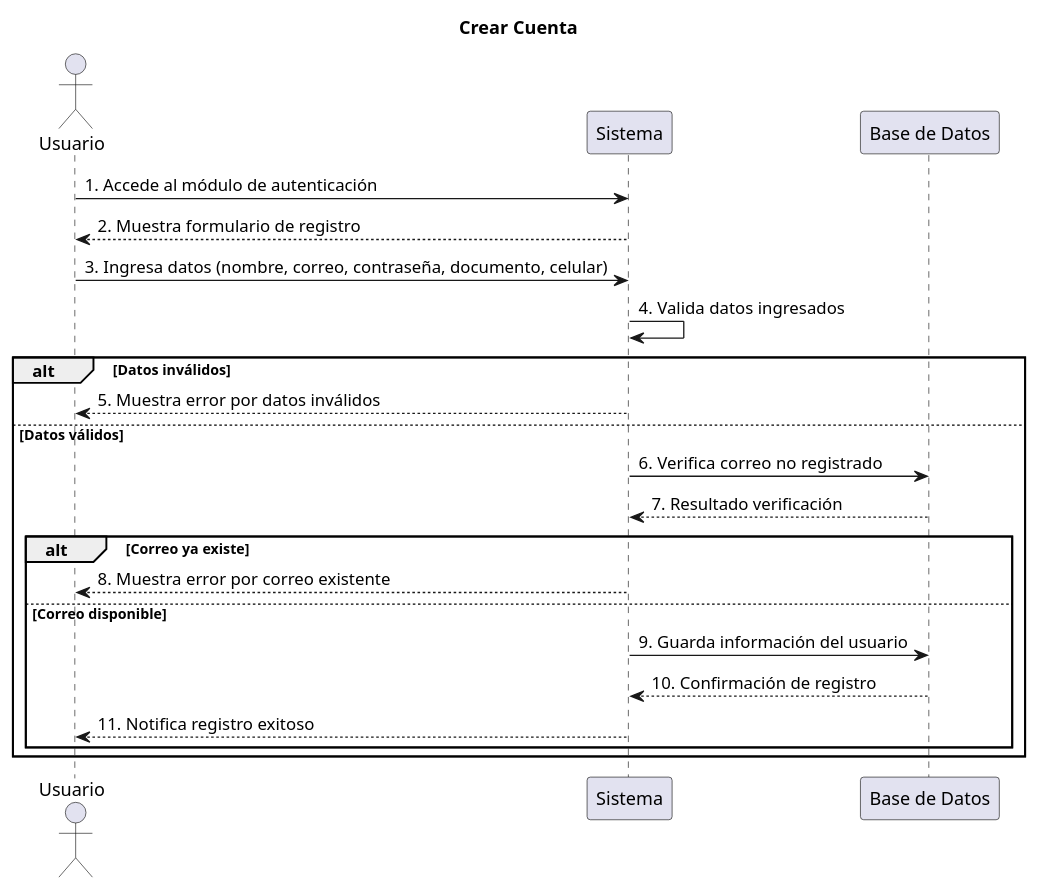
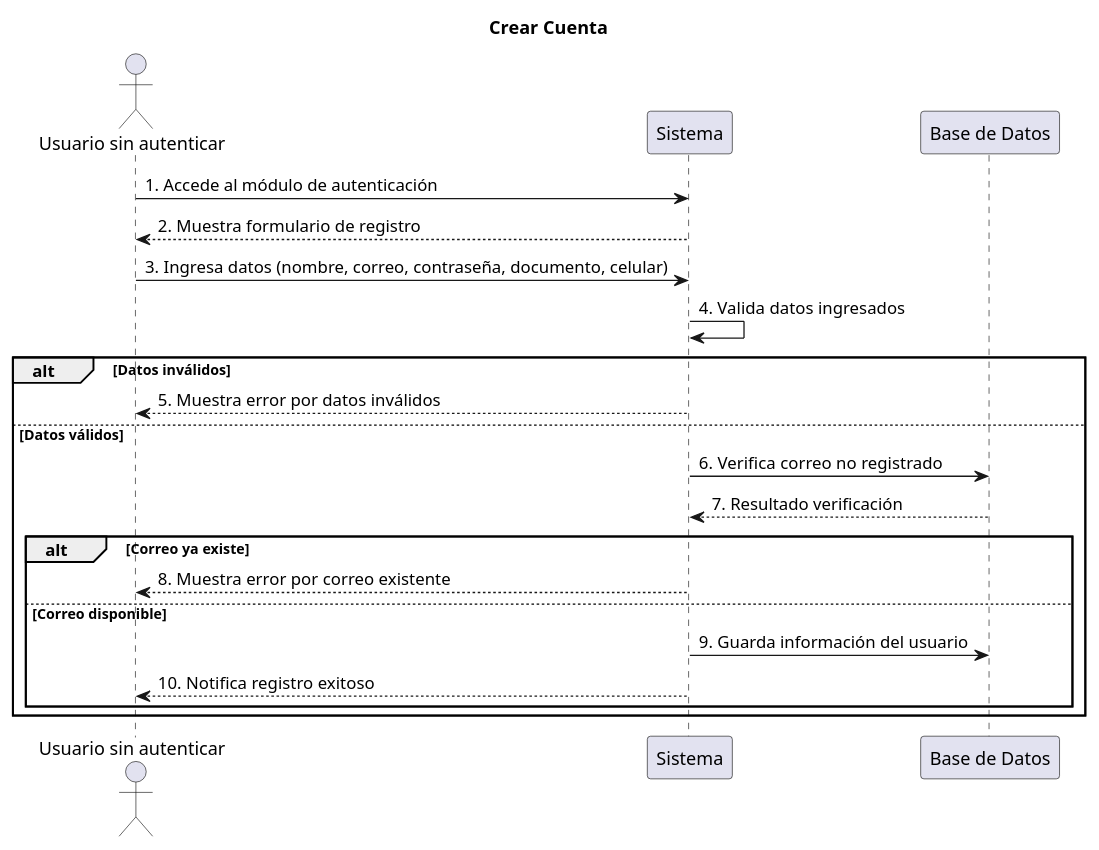
One commit to LauKnitIn/SISTEMA-GESTOR-DE-RECORRIDOS changed the diagram in diagramas_modulo_autenticacion/secuencia-modulo-autenticacion/Secuencia_Crear_cuenta.puml. Above: the diagram before and after it, drawn with PlantUML. The commit also changed 2 other files, not shown here.

Commit message:
Se actualizaron los diagramas de Crear cuenta

```diff
--- a/diagramas_modulo_autenticacion/secuencia-modulo-autenticacion/Secuencia_Crear_cuenta.puml
+++ b/diagramas_modulo_autenticacion/secuencia-modulo-autenticacion/Secuencia_Crear_cuenta.puml
@@ -1,26 +1,25 @@
 @startuml
 title Crear Cuenta
 
-actor Usuario
+actor "Usuario sin autenticar"  as Usuario
 participant "Sistema" as Sistema
 participant "Base de Datos" as BD
 
 Usuario -> Sistema : 1. Accede al módulo de autenticación
 Sistema --> Usuario : 2. Muestra formulario de registro
 Usuario -> Sistema : 3. Ingresa datos (nombre, correo, contraseña, documento, celular)
 Sistema -> Sistema : 4. Valida datos ingresados
 
 alt Datos inválidos
     Sistema --> Usuario : 5. Muestra error por datos inválidos
 else Datos válidos
     Sistema -> BD : 6. Verifica correo no registrado
     BD --> Sistema : 7. Resultado verificación
     alt Correo ya existe
         Sistema --> Usuario : 8. Muestra error por correo existente
     else Correo disponible
         Sistema -> BD : 9. Guarda información del usuario
-        BD --> Sistema : 10. Confirmación de registro
-        Sistema --> Usuario : 11. Notifica registro exitoso
+        Sistema --> Usuario : 10. Notifica registro exitoso
     end
 end
 @enduml
```
